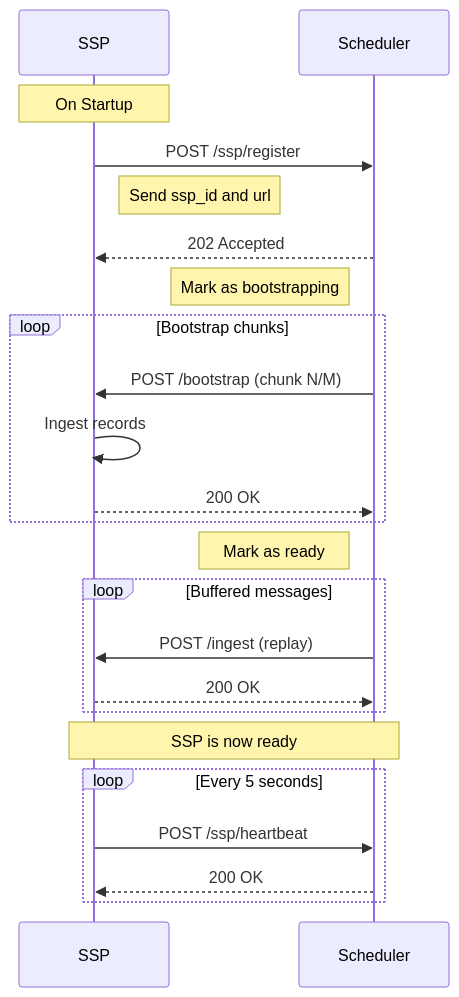
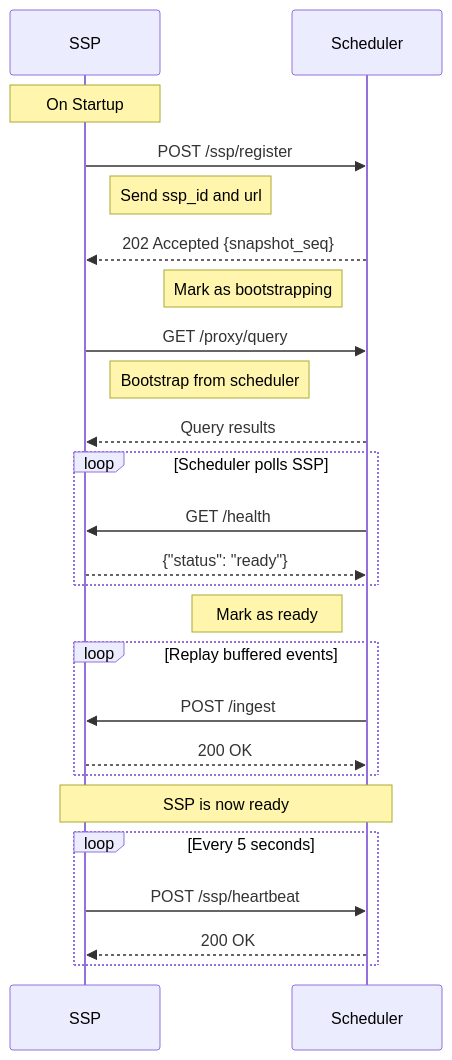
Before and after one commit to mono424/spooky: the diagram in apps/landing-page/src/pages/docs/ssp-api.mdx, drawn with Mermaid. The commit also changed other lines of this file and 3 other files, not shown here.

````diff
--- a/apps/landing-page/src/pages/docs/ssp-api.mdx
+++ b/apps/landing-page/src/pages/docs/ssp-api.mdx
@@ -391,33 +408,36 @@
 ```mermaid
 sequenceDiagram
     participant SSP
     participant Scheduler
 
     Note over SSP: On Startup
 
     SSP->>Scheduler: POST /ssp/register
     Note right of SSP: Send ssp_id and url
 
-    Scheduler-->>SSP: 202 Accepted
+    Scheduler-->>SSP: 202 Accepted {snapshot_seq}
     Note left of Scheduler: Mark as bootstrapping
 
-    loop Bootstrap chunks
-        Scheduler->>SSP: POST /bootstrap (chunk N/M)
-        SSP->>SSP: Ingest records
-        SSP-->>Scheduler: 200 OK
+    SSP->>Scheduler: GET /proxy/query
+    Note right of SSP: Bootstrap from scheduler
+    Scheduler-->>SSP: Query results
+
+    loop Scheduler polls SSP
+        Scheduler->>SSP: GET /health
+        SSP-->>Scheduler: {"status": "ready"}
     end
 
     Note left of Scheduler: Mark as ready
 
-    loop Buffered messages
-        Scheduler->>SSP: POST /ingest (replay)
+    loop Replay buffered events
+        Scheduler->>SSP: POST /ingest
         SSP-->>Scheduler: 200 OK
     end
 
     Note over SSP,Scheduler: SSP is now ready
 
     loop Every 5 seconds
         SSP->>Scheduler: POST /ssp/heartbeat
         Scheduler-->>SSP: 200 OK
     end
 ```
````
